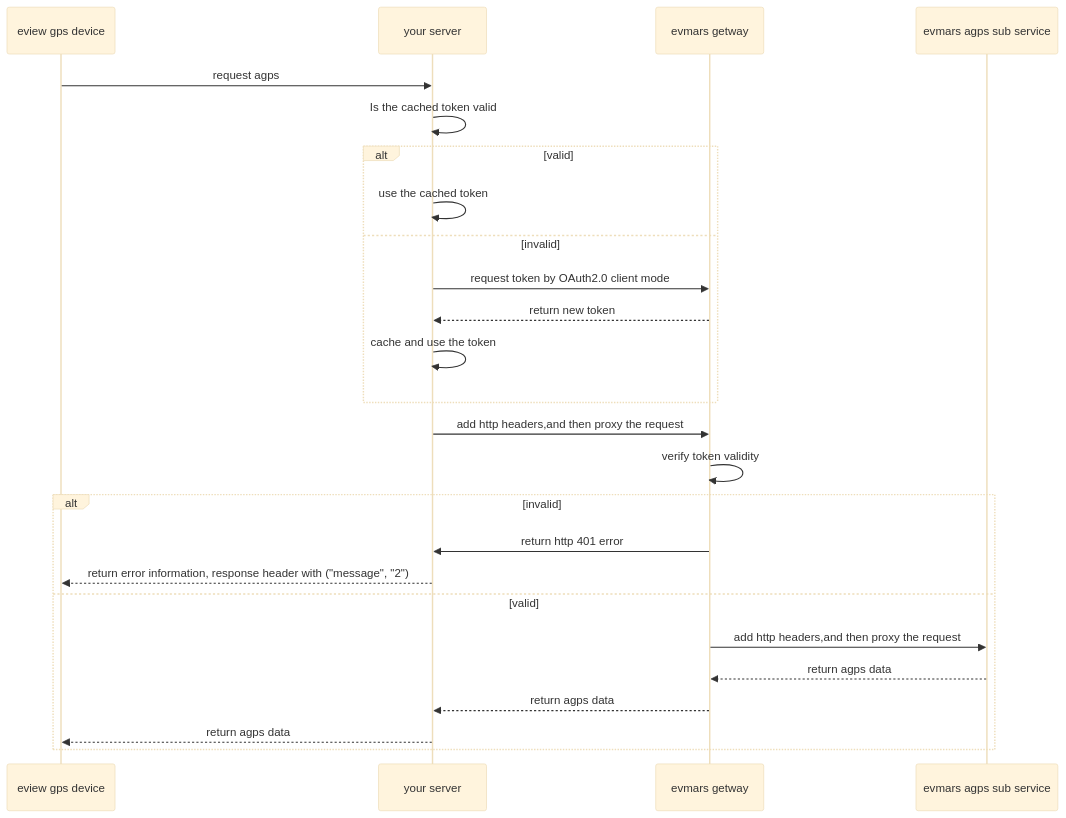
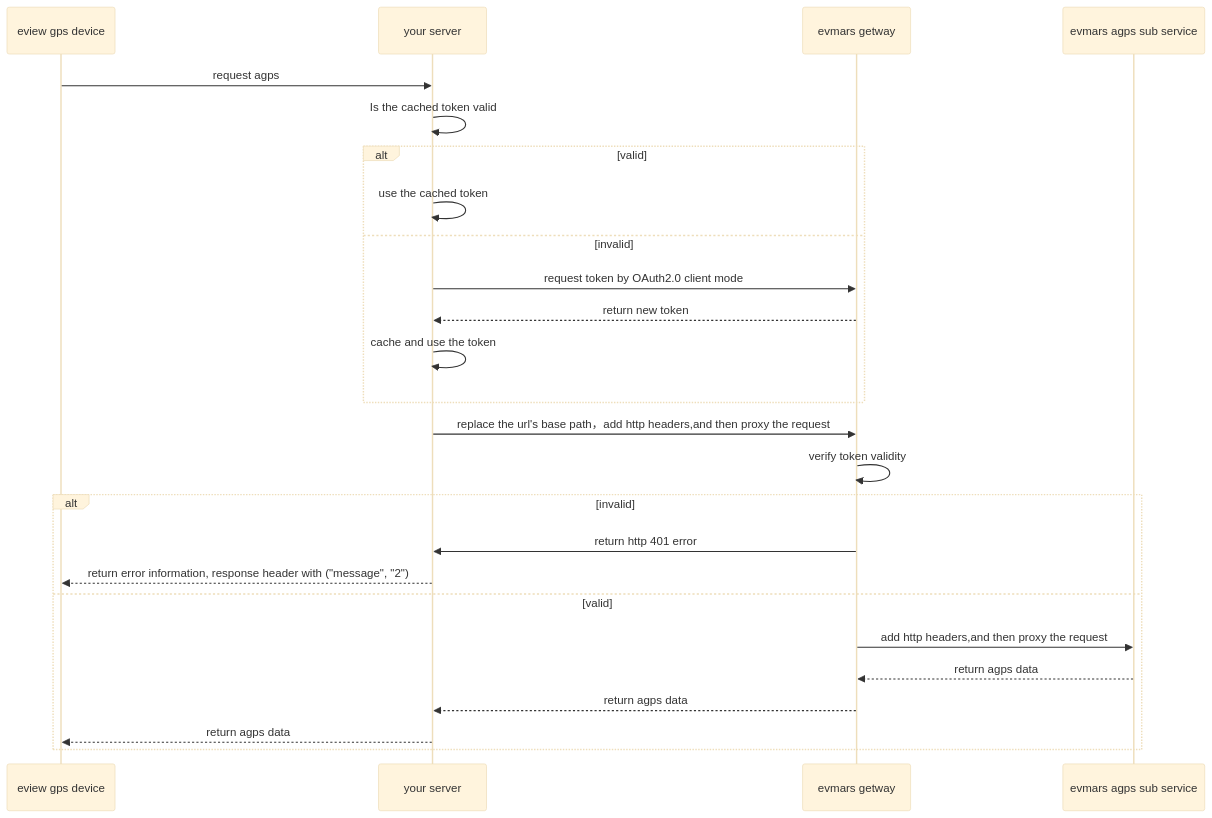
Before and after one commit to zeje/EviewCloudDoc: the diagram in src/evmars/biz/agps/README.md, drawn with Mermaid (base theme). The commit also changed other lines of this file and 1 other file, not shown here.

````diff
--- a/src/evmars/biz/agps/README.md
+++ b/src/evmars/biz/agps/README.md
@@ -10,31 +10,31 @@
 ```mermaid
 
 sequenceDiagram
 
 participant device as eview gps device
 participant customerServer as your server
 participant evmarBizServer as evmars getway
 participant agpsServer as evmars agps sub service
 
 device ->> customerServer: request agps
 customerServer ->> customerServer: Is the cached token valid
 alt valid
      customerServer ->> customerServer: use the cached token
 else invalid
      customerServer ->> evmarBizServer: request token by OAuth2.0 client mode
      evmarBizServer -->> customerServer: return new token
      customerServer ->> customerServer: cache and use the token
 end
-customerServer ->> evmarBizServer: add http headers,and then proxy the request
+customerServer ->> evmarBizServer: replace the url's base path，add http headers,and then proxy the request
 evmarBizServer ->> evmarBizServer: verify token validity
 alt invalid
      evmarBizServer ->> customerServer: return http 401 error
      customerServer -->> device: return error information, response header with ("message", "2");
 else valid
      evmarBizServer ->> agpsServer: add http headers,and then proxy the request
      agpsServer -->> evmarBizServer:  return agps data
      evmarBizServer -->> customerServer: return agps data
      customerServer -->> device: return agps data
 end
 
 ```
````
